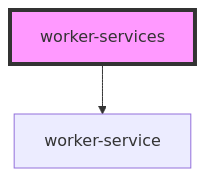
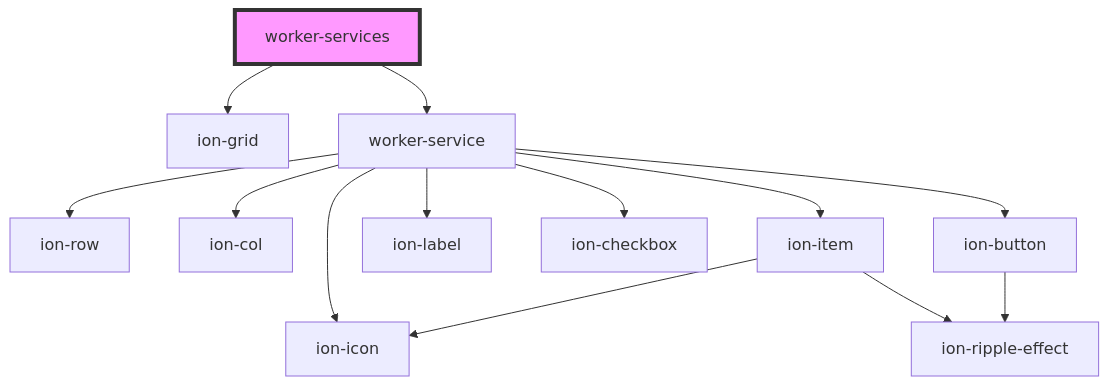
One commit to sanaadostmuhammad/stencil-components changed the diagram in src/components/worker-services/readme.md. Above: the diagram before and after it, drawn with Mermaid. The commit also changed other lines of this file and 4 other files, not shown here.

````diff
--- a/src/components/worker-services/readme.md
+++ b/src/components/worker-services/readme.md
@@ -22,5 +23,16 @@
 ```mermaid
 graph TD;
+  worker-services --> ion-grid
   worker-services --> worker-service
+  worker-service --> ion-row
+  worker-service --> ion-col
+  worker-service --> ion-item
+  worker-service --> ion-label
+  worker-service --> ion-checkbox
+  worker-service --> ion-button
+  worker-service --> ion-icon
+  ion-item --> ion-icon
+  ion-item --> ion-ripple-effect
+  ion-button --> ion-ripple-effect
   style worker-services fill:#f9f,stroke:#333,stroke-width:4px
 ```
````
